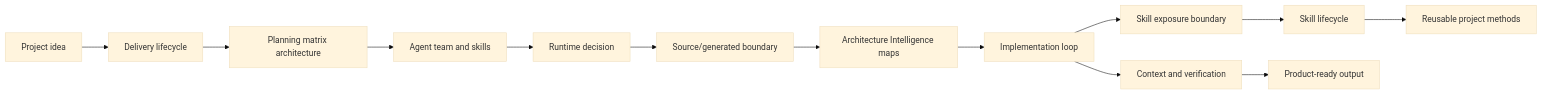
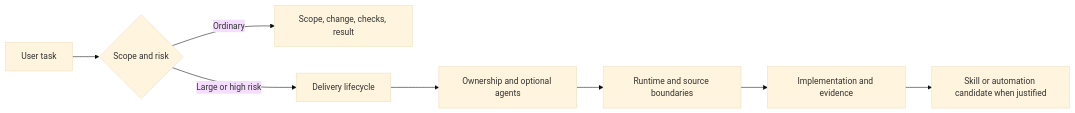
The diagram in docs/diagrams/index.en.md (alexroadcaster/product-agent-os), drawn with Mermaid (base theme) before and after one commit. The commit also changed other lines of this file and 560 other files, not shown here.

Commit message:
chore: Update Product-Agent OS documentation and tooling

````diff
--- a/docs/diagrams/index.en.md
+++ b/docs/diagrams/index.en.md
@@ -19,15 +19,10 @@
 ```mermaid
 flowchart LR
-    A["Project idea"] --> B["Delivery lifecycle"]
-    B --> B1["Planning matrix architecture"]
-    B1 --> C["Agent team and skills"]
-    C --> D["Runtime decision"]
-    D --> E["Source/generated boundary"]
-    E --> F["Architecture Intelligence maps"]
-    F --> G["Implementation loop"]
-    G --> H["Skill exposure boundary"]
-    H --> I["Skill lifecycle"]
-    G --> J["Context and verification"]
-    I --> K["Reusable project methods"]
-    J --> L["Product-ready output"]
+    A["User task"] --> B{"Scope and risk"}
+    B -->|Ordinary| C["Scope, change, checks, result"]
+    B -->|Large or high risk| D["Delivery lifecycle"]
+    D --> E["Ownership and optional agents"]
+    E --> F["Runtime and source boundaries"]
+    F --> G["Implementation and evidence"]
+    G --> H["Skill or automation candidate when justified"]
 ```
````
